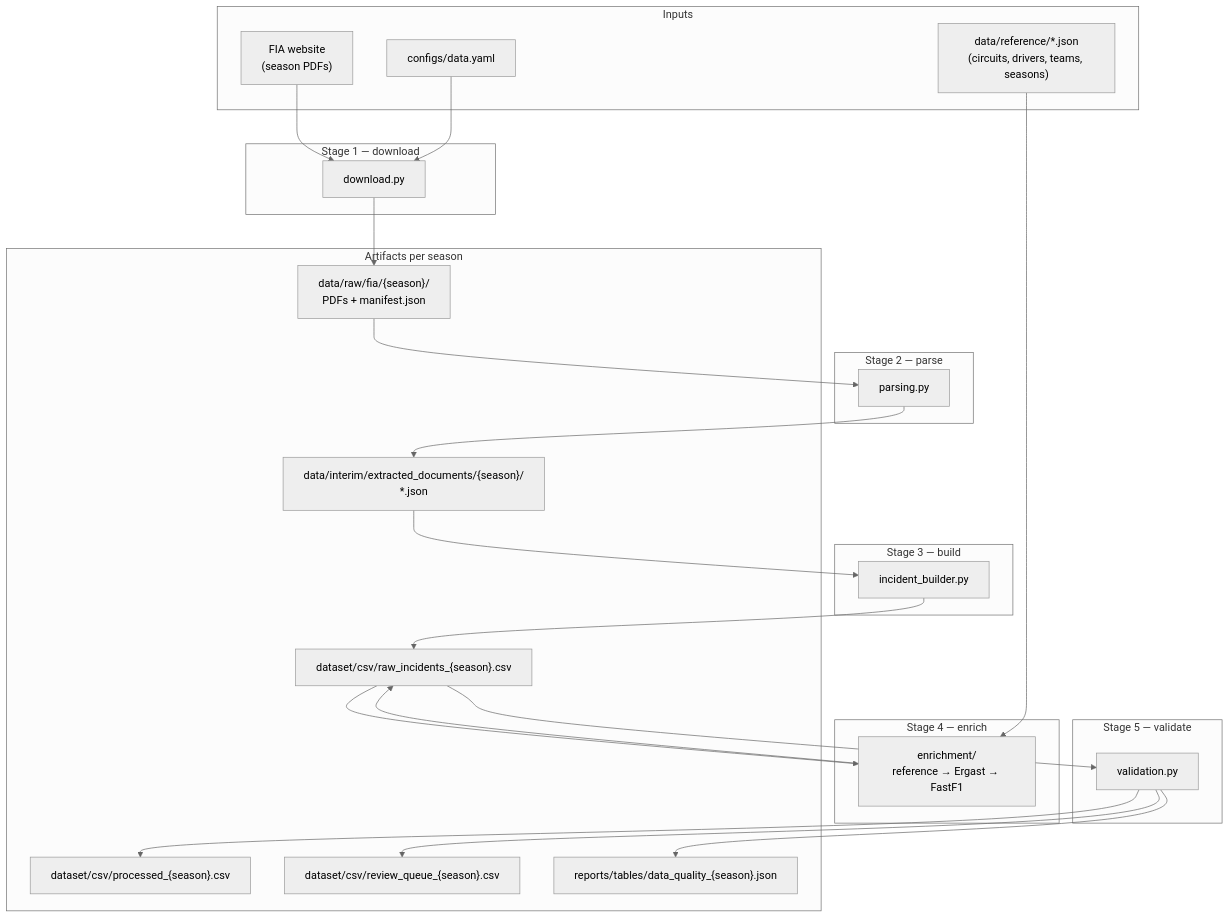
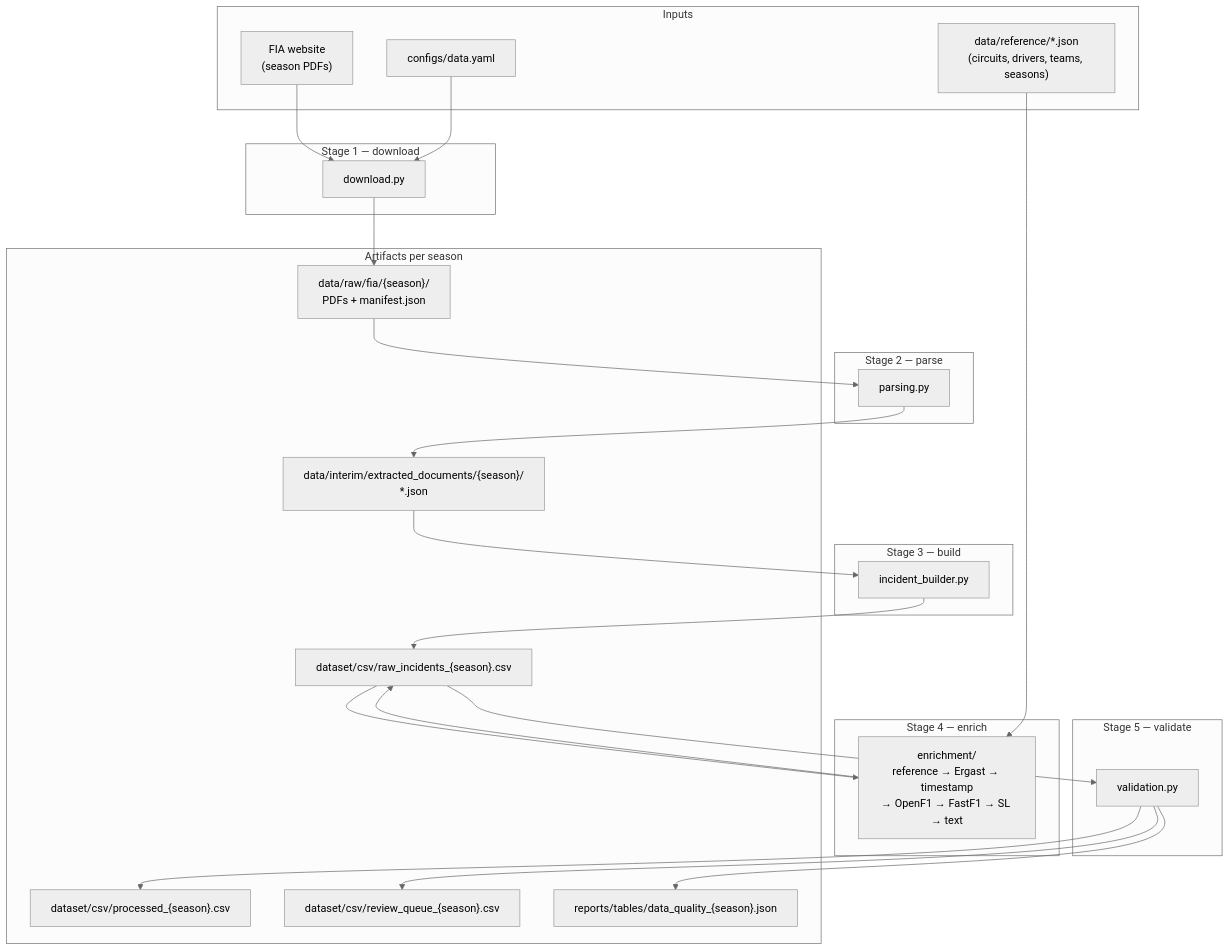
The second of 7 diagrams in src/fia_ml/data/README.md (Rouxxel/f1_penalty_predictor), drawn with Mermaid (neutral theme) before and after one commit. The commit also changed other lines of this file and 8 other files, not shown here.

````diff
--- a/src/fia_ml/data/README.md
+++ b/src/fia_ml/data/README.md
@@ -80,52 +78,52 @@
 ```mermaid
 flowchart TD
     subgraph inputs["Inputs"]
         FIA["FIA website\n(season PDFs)"]
         REF["data/reference/*.json\n(circuits, drivers, teams, seasons)"]
         CFG["configs/data.yaml"]
     end
 
     subgraph stage1["Stage 1 — download"]
         DL["download.py"]
     end
 
     subgraph stage2["Stage 2 — parse"]
         PR["parsing.py"]
     end
 
     subgraph stage3["Stage 3 — build"]
         BD["incident_builder.py"]
     end
 
     subgraph stage4["Stage 4 — enrich"]
-        EN["enrichment/\nreference → Ergast → FastF1"]
+        EN["enrichment/\nreference → Ergast → timestamp\n→ OpenF1 → FastF1 → SL → text"]
     end
 
     subgraph stage5["Stage 5 — validate"]
         VA["validation.py"]
     end
 
     subgraph artifacts["Artifacts per season"]
         PDF["data/raw/fia/{season}/\nPDFs + manifest.json"]
         JSON["data/interim/extracted_documents/{season}/\n*.json"]
         RAW["dataset/csv/raw_incidents_{season}.csv"]
         PROC["dataset/csv/processed_{season}.csv"]
         REV["dataset/csv/review_queue_{season}.csv"]
         QUA["reports/tables/data_quality_{season}.json"]
     end
 
     FIA --> DL
     CFG --> DL
     DL --> PDF
     PDF --> PR
     PR --> JSON
     JSON --> BD
     BD --> RAW
     RAW --> EN
     REF --> EN
     EN --> RAW
     RAW --> VA
     VA --> PROC
     VA --> REV
     VA --> QUA
 ```
````
